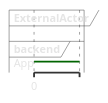
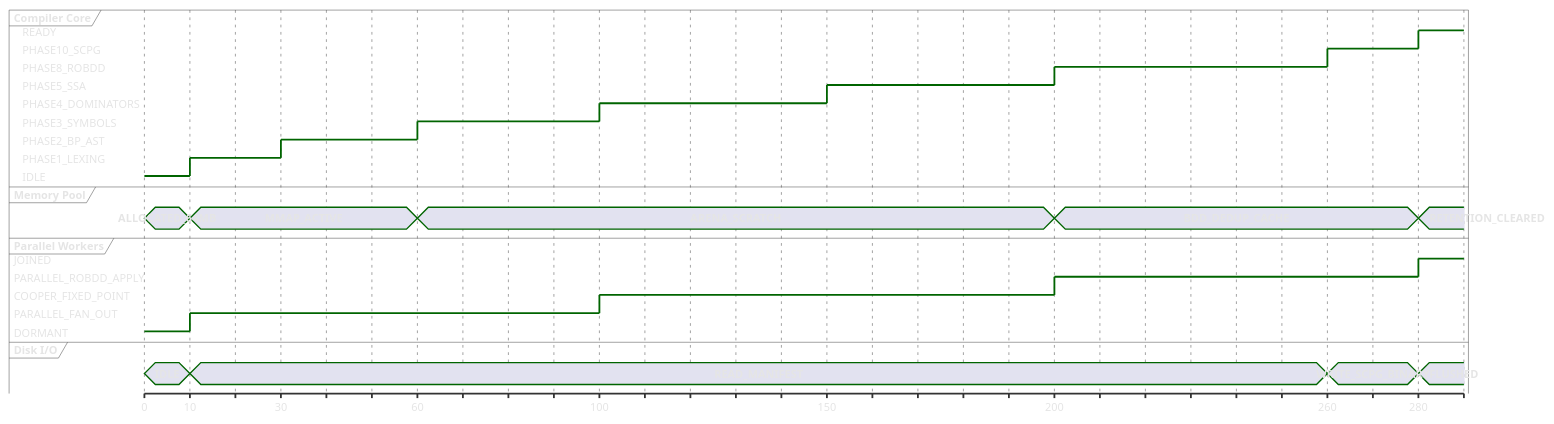
The diagram in web/diagrams/timing.puml (AhmadHassan-BTed/OpenHeart), drawn with PlantUML before and after one commit. The commit also changed 34 other files, not shown here.

Commit message:
feat(diagrams): achieve 100% diagram suite perfection and resolve all 40 critical issues across UML and pipeline graphs

```diff
--- a/web/diagrams/timing.puml
+++ b/web/diagrams/timing.puml
@@ -1,54 +1,58 @@
 @startuml
 skinparam backgroundColor transparent
 skinparam monochrome false
 skinparam shadowing false
 skinparam roundcorner 6
 skinparam defaultFontName "Space Grotesk", "Segoe UI", sans-serif
 skinparam defaultFontColor #e5e5e5
 skinparam defaultFontSize 12
 skinparam ArrowColor #38bdf8
 skinparam ArrowThickness 1.5
-skinparam packageStyle rectangle
-skinparam PackageBorderColor #facc15
-skinparam PackageBackgroundColor #0f141c
-skinparam PackageFontColor #facc15
-skinparam ClassBorderColor #38bdf8
-skinparam ClassBackgroundColor #14171f
-skinparam ClassHeaderBackgroundColor #1e2433
-skinparam ClassFontColor #ffffff
-skinparam ObjectBorderColor #38bdf8
-skinparam ObjectBackgroundColor #14171f
-skinparam ObjectFontColor #ffffff
-skinparam ComponentBorderColor #38bdf8
-skinparam ComponentBackgroundColor #14171f
-skinparam ComponentFontColor #ffffff
-skinparam NodeBorderColor #38bdf8
-skinparam NodeBackgroundColor #14171f
-skinparam NodeFontColor #ffffff
-skinparam StateBorderColor #38bdf8
-skinparam StateBackgroundColor #14171f
-skinparam StateFontColor #ffffff
-skinparam ActivityBorderColor #38bdf8
-skinparam ActivityBackgroundColor #14171f
-skinparam ActivityFontColor #ffffff
-skinparam SequenceLifeLineBorderColor #38bdf8
-skinparam SequenceLifeLineBackgroundColor #14171f
-skinparam SequenceGroupBorderColor #facc15
-skinparam SequenceGroupBackgroundColor #0f141c
-skinparam SequenceGroupFontColor #facc15
-skinparam ParticipantBorderColor #38bdf8
-skinparam ParticipantBackgroundColor #14171f
-skinparam ParticipantFontColor #ffffff
-skinparam ActorBorderColor #facc15
-skinparam ActorBackgroundColor #14171f
-skinparam ActorFontColor #ffffff
-skinparam UsecaseBorderColor #38bdf8
-skinparam UsecaseBackgroundColor #14171f
-skinparam UsecaseFontColor #ffffff
 
-robust "ExternalActor" as tl_ExternalActor
-robust "backend" as tl_backend
+robust "Compiler Core" as CC
+concise "Memory Pool" as MP
+robust "Parallel Workers" as PW
+concise "Disk I/O" as DIO
 
 @0
-tl_backend is App
+CC is IDLE
+MP is ALLOCATED_64MB
+PW is DORMANT
+DIO is IDLE
+
+@10
+CC is PHASE1_LEXING
+MP is MMAP_ACTIVE
+PW is PARALLEL_FAN_OUT
+DIO is READ_MANIFEST
+
+@30
+CC is PHASE2_BP_AST
+
+@60
+CC is PHASE3_SYMBOLS
+MP is ARENA_SCRATCH
+
+@100
+CC is PHASE4_DOMINATORS
+PW is COOPER_FIXED_POINT
+
+@150
+CC is PHASE5_SSA
+
+@200
+CC is PHASE8_ROBDD
+MP is BDD_DEDUP_CACHE
+PW is PARALLEL_ROBDD_APPLY
+
+@260
+CC is PHASE10_SCPG
+DIO is WRITE_SCPG_BINARY
+
+@280
+CC is READY
+MP is RETENTION_CLEARED
+PW is JOINED
+DIO is FLUSHED
+
 @enduml
```
